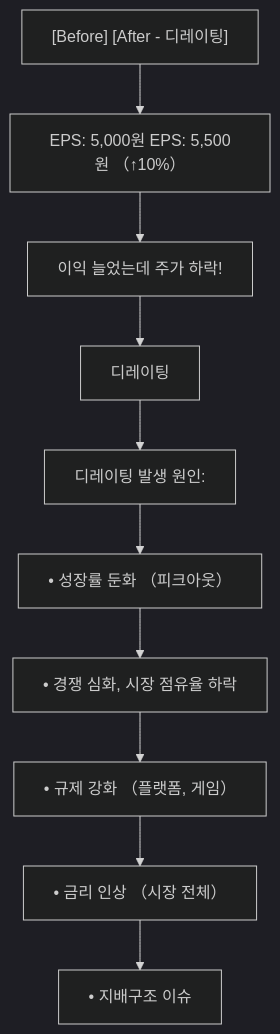
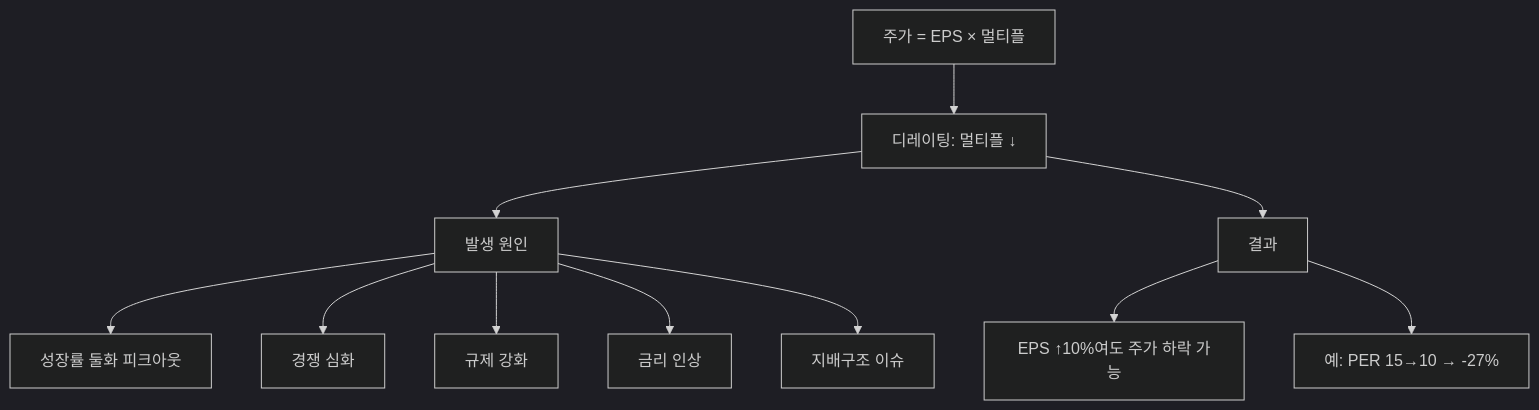
One commit to yeongseon/stock-visual-note changed the diagram in content/stock-terms/ko/level-05-valuation/derating.md. Above: the diagram before and after it, drawn with Mermaid (dark theme). The commit also changed other lines of this file and 96 other files, not shown here.

Commit message:
Rewrite all 98 remaining articles: branching Mermaid diagrams, natural search_intent, compelling seo_titles, clean descriptions

````diff
--- a/content/stock-terms/ko/level-05-valuation/derating.md
+++ b/content/stock-terms/ko/level-05-valuation/derating.md
@@ -39,22 +39,14 @@
 ```mermaid
 graph TD
-    A0["[Before] [After - 디레이팅]"]
-    A1["EPS: 5,000원 EPS: 5,500원 （↑10%）"]
-    A2["이익 늘었는데 주가 하락!"]
-    A3["디레이팅"]
-    A4["디레이팅 발생 원인:"]
-    A5["• 성장률 둔화 （피크아웃）"]
-    A6["• 경쟁 심화, 시장 점유율 하락"]
-    A7["• 규제 강화 （플랫폼, 게임）"]
-    A8["• 금리 인상 （시장 전체）"]
-    A9["• 지배구조 이슈"]
-    A0 --> A1
-    A1 --> A2
-    A2 --> A3
-    A3 --> A4
-    A4 --> A5
-    A5 --> A6
-    A6 --> A7
-    A7 --> A8
-    A8 --> A9
+    A["주가 = EPS × 멀티플"]
+    A --> B["디레이팅: 멀티플 ↓"]
+    B --> C["발생 원인"]
+    B --> D["결과"]
+    C --> C1["성장률 둘화 피크아웃"]
+    C --> C2["경쟁 심화"]
+    C --> C3["규제 강화"]
+    C --> C4["금리 인상"]
+    C --> C5["지배구조 이슈"]
+    D --> D1["EPS ↑10%여도 주가 하락 가능"]
+    D --> D2["예: PER 15→10 → -27%"]
 ```
````
